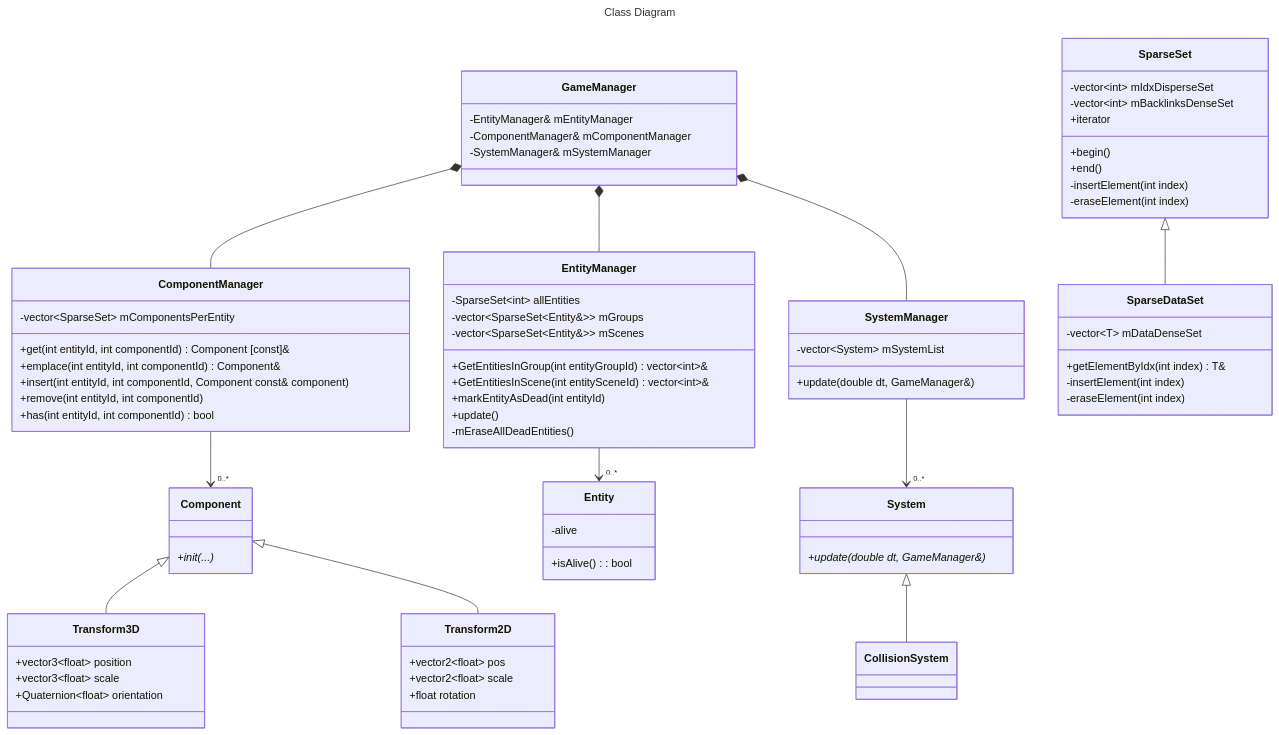
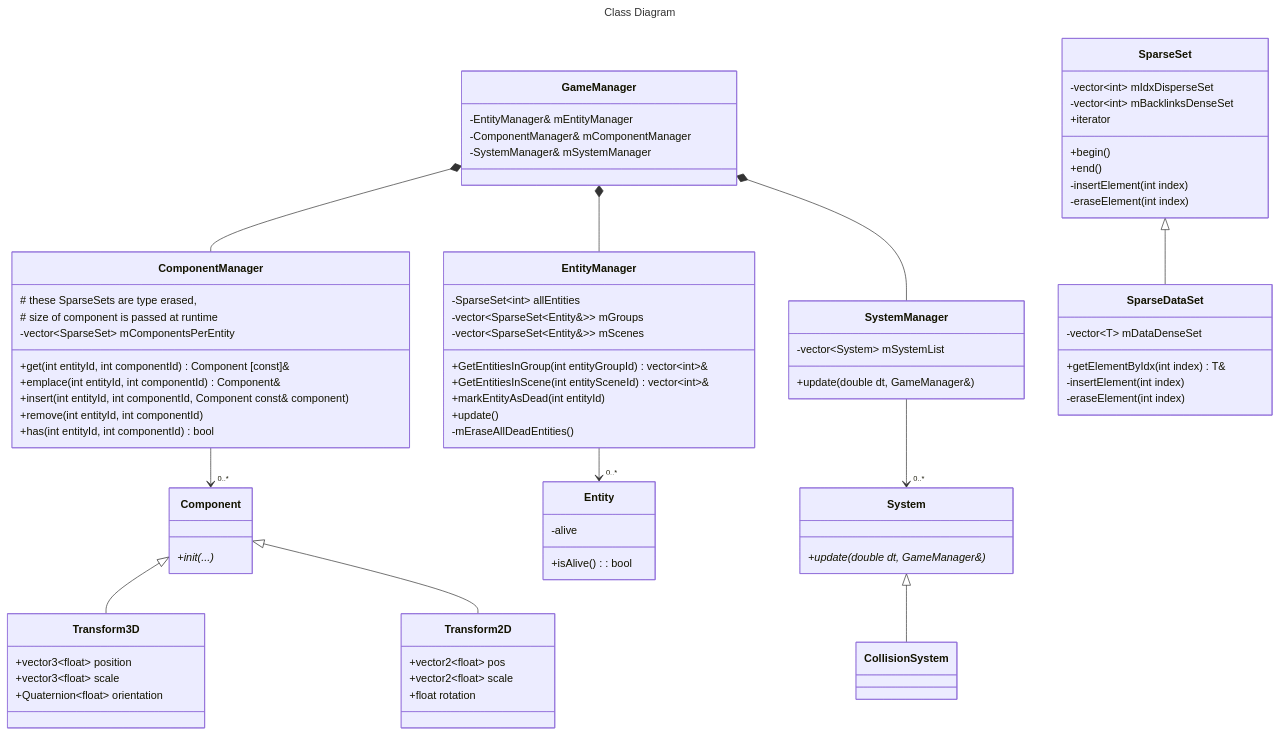
One commit to IzanDeVegaLopez/Proyectos3_GDV_2025_26 changed the second of 2 diagrams in documentation/architecture.md. Above: the diagram before and after it, drawn with Mermaid.

Commit message:
Fix comment syntax in architecture.md
Updated comments in architecture.md to use correct syntax.

````diff
--- a/documentation/architecture.md
+++ b/documentation/architecture.md
@@ -34,81 +34,81 @@
 ```mermaid
 ---
 title: Class Diagram
 ---
 classDiagram
 	GameManager *-- EntityManager
 	GameManager *-- ComponentManager
 	GameManager *-- SystemManager
 	SystemManager --> "0..*" System
 	EntityManager --> "0..*" Entity
 	ComponentManager --> "0..*" Component
 	Component <|-- Transform3D  
 	Component <|-- Transform2D
 	System <|-- CollisionSystem
 	SparseSet <|-- SparseDataSet
 	class Entity{
 		-alive
 		+isAlive() : bool
 	}
 	class Component{
 		+init(...)*
 	}
 	class SystemManager{
 		-vector~System~ mSystemList
 		+update(double dt, GameManager&)
 	}
 	class System{
 		+update(double dt, GameManager&)*
 	}
 	class ComponentManager{
-		%% these SparseSets are type erased,
-		%% size of component is passed at runtime
+		# these SparseSets are type erased,
+		# size of component is passed at runtime
 		-vector~SparseSet~ mComponentsPerEntity
 
 		+get<Component>(int entityId, int componentId) Component [const]&
 		+emplace<Component>(int entityId, int componentId) Component&
 		+insert<Component>(int entityId, int componentId, Component const& component)
 		+remove<Component>(int entityId, int componentId)
 		+has<Component>(int entityId, int componentId) bool
 	}
 	class GameManager{
 		-EntityManager& mEntityManager
 		-ComponentManager& mComponentManager
 		-SystemManager& mSystemManager
 	}
     class EntityManager{
         -SparseSet~int~ allEntities
 		-vector~SparseSet~Entity&~~ mGroups
 		-vector~SparseSet~Entity&~~ mScenes
 		+GetEntitiesInGroup(int entityGroupId) vector~int~&
 		+GetEntitiesInScene(int entitySceneId) vector~int~&
 		+markEntityAsDead(int entityId)
 		+update()
 		-mEraseAllDeadEntities()
     }
 	class SparseSet{
 		-vector~int~ mIdxDisperseSet
 		-vector~int~ mBacklinksDenseSet
 		+iterator
 		+begin()
 		+end()
 		-insertElement(int index)
 		-eraseElement(int index)
 	}
     class SparseDataSet~T~{
 		-vector~T~ mDataDenseSet
 		+getElementByIdx(int index) T&
 		-insertElement(int index)
 		-eraseElement(int index)
     }
 	class Transform3D{
 		+vector3~float~ position
 		+vector3~float~ scale
 		+Quaternion~float~ orientation
 	}
 	class Transform2D{
 		+vector2~float~ pos
 		+vector2~float~ scale
 		+float rotation
 	}
 ```
````
